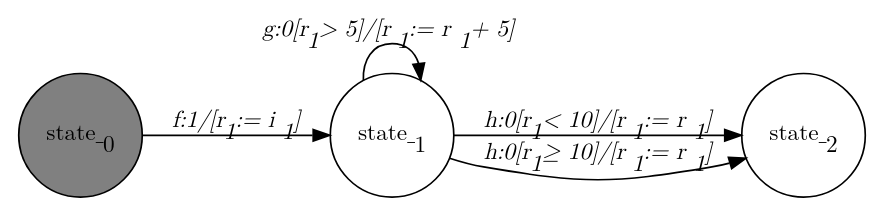
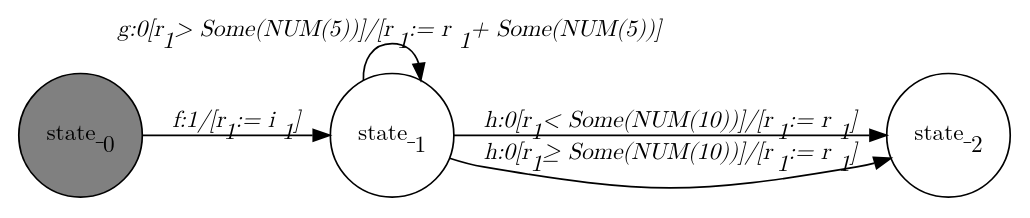
Before and after one commit to jmafoster1/efsm-sal: the diagram in dotfiles/Horrible_Example_1.dot, drawn with Graphviz. The commit also changed 14 other files, not shown here.

```diff
--- a/dotfiles/Horrible_Example_1.dot
+++ b/dotfiles/Horrible_Example_1.dot
@@ -1,14 +1,14 @@
 digraph Horrible_Example_1{
    graph [rankdir="LR", fontname="Latin Modern Math"];
    node [color="black", fillcolor="white", shape="circle", style="filled", fontname="Latin Modern Math"];
    edge [fontname="Latin Modern Math"];
 
    State_0[fillcolor="gray", label=<state_<sub>0</sub>>];
    State_1[label=<state_<sub>1</sub>>];
    State_2[label=<state_<sub>2</sub>>];
 
    State_0->State_1[label=<<i>f:1/&#91;r<sub>1</sub> := i<sub>1</sub>&#93;</i>>];
-   State_1->State_1[label=<<i>g:0&#91;r<sub>1</sub> &gt; 5&#93;/&#91;r<sub>1</sub> := r<sub>1</sub> + 5&#93;</i>>];
-   State_1->State_2[label=<<i>h:0&#91;r<sub>1</sub> &lt; 10&#93;/&#91;r<sub>1</sub> := r<sub>1</sub>&#93;</i>>];
-   State_1->State_2[label=<<i>h:0&#91;r<sub>1</sub> &ge; 10&#93;/&#91;r<sub>1</sub> := r<sub>1</sub>&#93;</i>>];
+   State_1->State_1[label=<<i>g:0&#91;r<sub>1</sub> &gt; Some(NUM(5))&#93;/&#91;r<sub>1</sub> := r<sub>1</sub> + Some(NUM(5))&#93;</i>>];
+   State_1->State_2[label=<<i>h:0&#91;r<sub>1</sub> &lt; Some(NUM(10))&#93;/&#91;r<sub>1</sub> := r<sub>1</sub>&#93;</i>>];
+   State_1->State_2[label=<<i>h:0&#91;r<sub>1</sub> &ge; Some(NUM(10))&#93;/&#91;r<sub>1</sub> := r<sub>1</sub>&#93;</i>>];
 }
```
